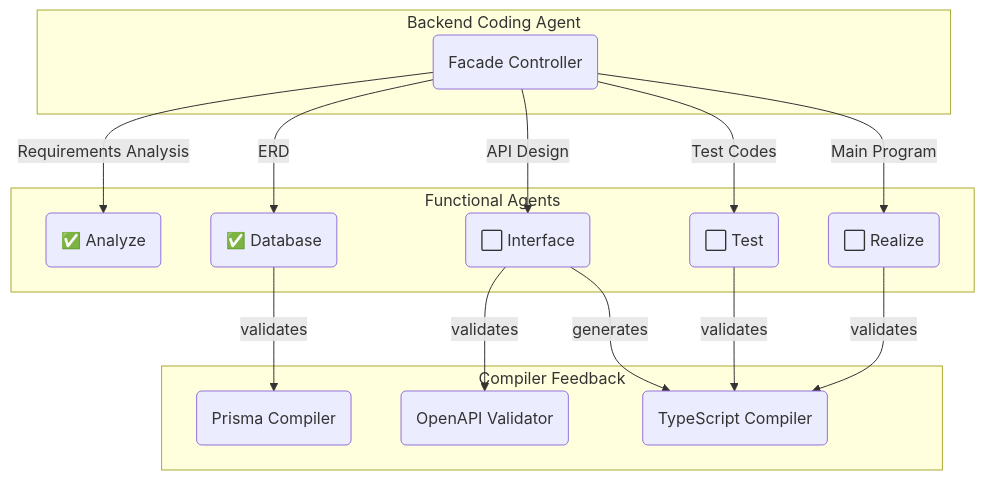
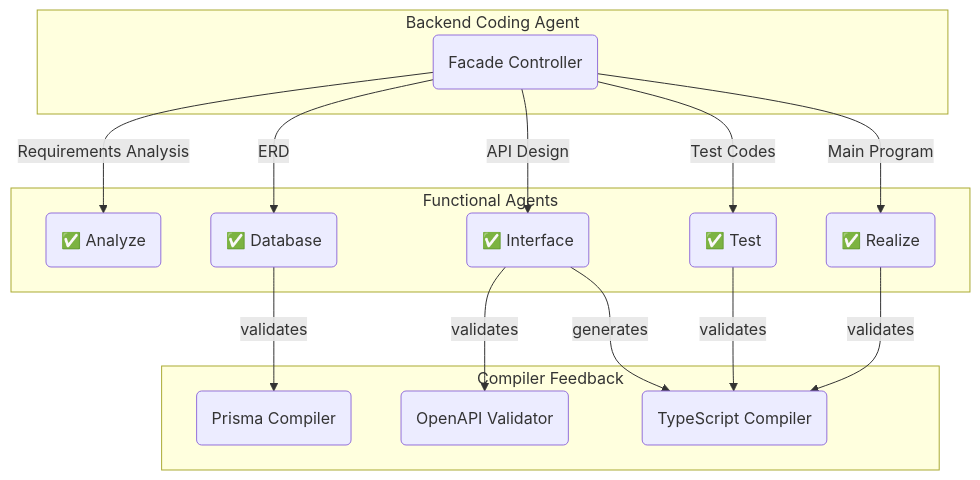
The diagram in deepseek/deepseek-v3.1-terminus-exacto/shopping/README.md (wrtnlabs/autobe-examples), drawn with Mermaid before and after one commit. The commit also changed other lines of this file and 25939 other files, not shown here.

````diff
--- a/deepseek/deepseek-v3.1-terminus-exacto/shopping/README.md
+++ b/deepseek/deepseek-v3.1-terminus-exacto/shopping/README.md
@@ -14,20 +14,20 @@
 ```mermaid
 flowchart
 subgraph "Backend Coding Agent"
   coder("Facade Controller")
 end
 subgraph "Functional Agents"
   coder --"Requirements Analysis"--> analyze("✅ Analyze")
   coder --"ERD"--> database("✅ Database")
-  coder --"API Design"--> interface("⬜ Interface")
-  coder --"Test Codes" --> test("⬜ Test")
-  coder --"Main Program" --> realize("⬜ Realize")
+  coder --"API Design"--> interface("✅ Interface")
+  coder --"Test Codes" --> test("✅ Test")
+  coder --"Main Program" --> realize("✅ Realize")
 end
 subgraph "Compiler Feedback"
   database --"validates" --> prismaCompiler("Prisma Compiler")
   interface --"validates" --> openapiValidator("OpenAPI Validator")
   interface --"generates" --> tsCompiler("TypeScript Compiler")
   test --"validates" --> tsCompiler("TypeScript Compiler")
   realize --"validates" --> tsCompiler("TypeScript Compiler")
 end
 ```
````
